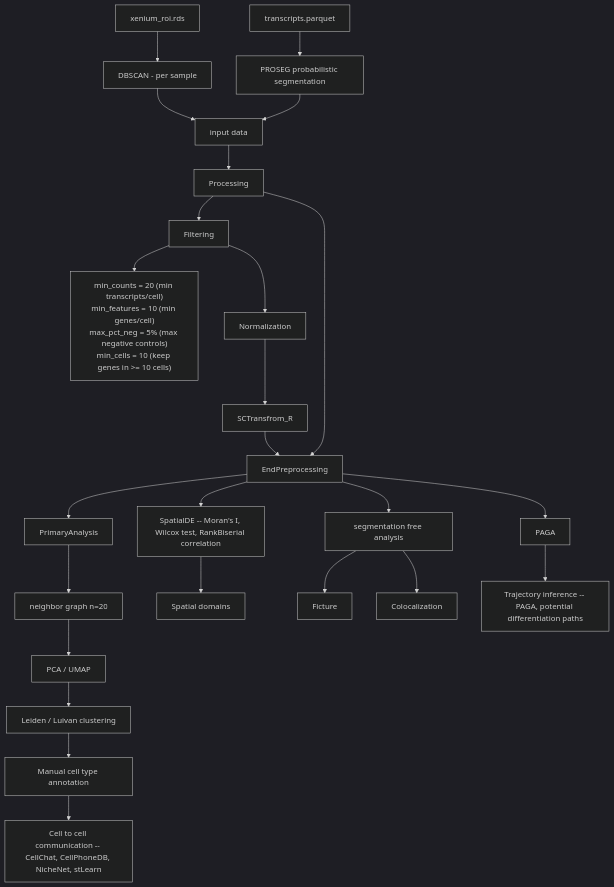
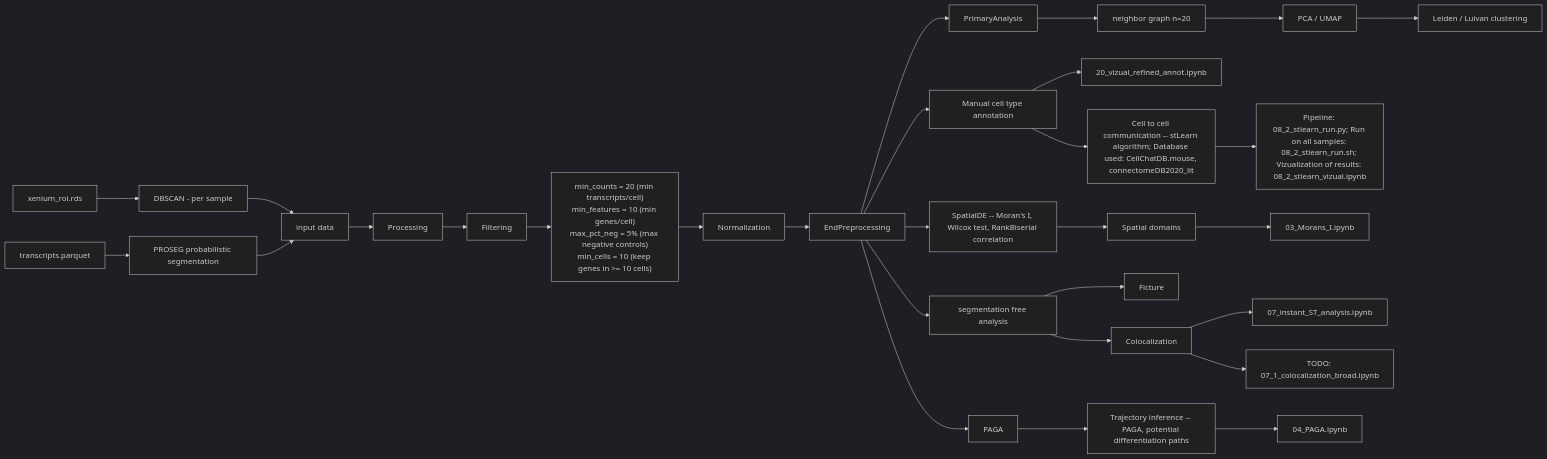
One commit to zimcikuh/Xenium_Analysis_SATB2_UMG_2026 changed the diagram in README.md. Above: the diagram before and after it, drawn with Mermaid (dark theme). The commit also changed other lines of this file and 1 other file, not shown here.

Commit message:
Vizuazlization for presentations

````diff
--- a/README.md
+++ b/README.md
@@ -6,39 +8,45 @@
 ```mermaid
-flowchart TD
+flowchart LR
     A[input data] --> B[Processing]
     Z[xenium_roi.rds] --> DBScan[DBSCAN - per sample] --> A
     Y[transcripts.parquet] --> Proseg[PROSEG probabilistic segmentation] --> A
 
     B --> C[Filtering]
     
     C --> X["min_counts = 20 (min transcripts/cell)<br/>min_features = 10 (min genes/cell)<br/>max_pct_neg = 5% (max negative controls)<br/>min_cells = 10 (keep genes in >= 10 cells)"]
 
-    C --> D[Normalization]
+    X --> D[Normalization]
 
-    D --> SCTransfrom_R --> EndPreprocessing
-
-    B --> EndPreprocessing
+    D --> EndPreprocessing
 
     EndPreprocessing --> PrimaryAnalysis
 
     PrimaryAnalysis --> E[neighbor graph n=20]
     
     E --> F[PCA / UMAP]
     F --> G[Leiden / Luivan clustering] 
 
-    G --> K[Manual cell type annotation]
+    EndPreprocessing --> K[Manual cell type annotation]
+    K --> Notebook02[20_vizual_refined_annot.ipynb]
 
     EndPreprocessing --> H[SpatialDE -- Moran's I, Wilcox test, RankBiserial correlation]
 
     H --> Spatial[Spatial domains]
+    Spatial --> Notebook03[03_Morans_I.ipynb]
 
     EndPreprocessing --> I[segmentation free analysis] 
     I --> Ficture
     I --> Colocalization
+    Colocalization --> Notebook05[07_instant_ST_analysis.ipynb]
 
-    K --> L[Cell to cell communication -- CellChat, CellPhoneDB, NicheNet, stLearn]
+    Colocalization --> Notebook06[TODO: 07_1_colocalization_broad.ipynb]
+
+    K --> L[Cell to cell communication -- stLearn algorithm; Database used: CellChatDB.mouse, connectomeDB2020_lit]
+
+    L --> Notebook01[Pipeline: 08_2_stlearn_run.py; Run on all samples: 08_2_stlearn_run.sh; Vizualization of results: 08_2_stlearn_vizual.ipynb]
 
     EndPreprocessing --> PAGA
     PAGA --> P[Trajectory inference -- PAGA, potential differentiation paths]
+    P --> Notebook04[04_PAGA.ipynb]
 
 ```
````
